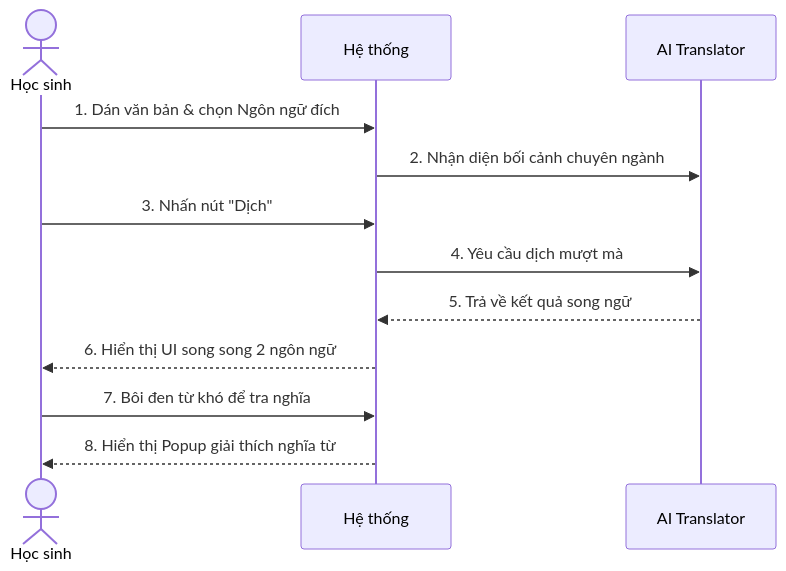
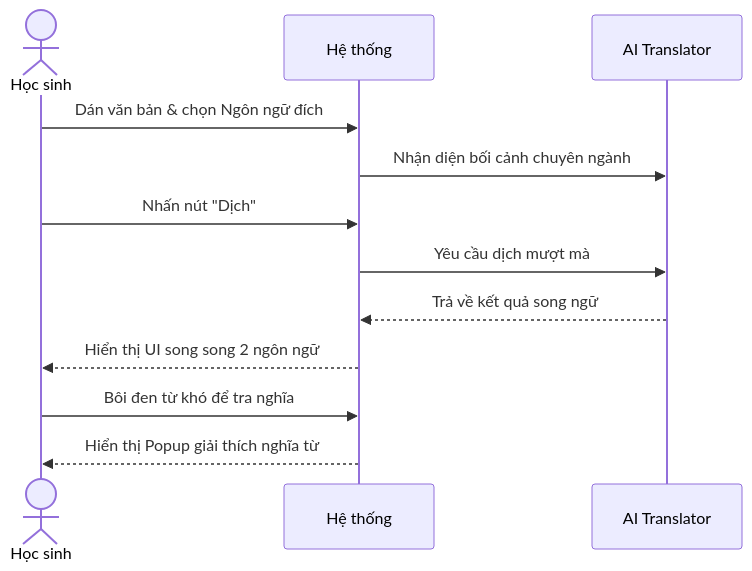
One commit to Cong-ty-TNNH-Q-Tech/Q-School changed the eighth of 8 diagrams in docs/nhom_5_magicstudent.md. Above: the diagram before and after it, drawn with Mermaid. The commit also changed other lines of this file and 5 other files, not shown here.

Commit message:
docs: refine sequence diagrams logical flow and remove step numbers

````diff
--- a/docs/nhom_5_magicstudent.md
+++ b/docs/nhom_5_magicstudent.md
@@ -260,15 +260,15 @@
 ```mermaid
 sequenceDiagram
     actor HS as Học sinh
     participant HT as Hệ thống
     participant AI as AI Translator
 
-    HS->>HT: 1. Dán văn bản & chọn Ngôn ngữ đích
-    HT->>AI: 2. Nhận diện bối cảnh chuyên ngành
-    HS->>HT: 3. Nhấn nút "Dịch"
-    HT->>AI: 4. Yêu cầu dịch mượt mà
-    AI-->>HT: 5. Trả về kết quả song ngữ
-    HT-->>HS: 6. Hiển thị UI song song 2 ngôn ngữ
-    HS->>HT: 7. Bôi đen từ khó để tra nghĩa
-    HT-->>HS: 8. Hiển thị Popup giải thích nghĩa từ
+    HS->>HT: Dán văn bản & chọn Ngôn ngữ đích
+    HT->>AI: Nhận diện bối cảnh chuyên ngành
+    HS->>HT: Nhấn nút "Dịch"
+    HT->>AI: Yêu cầu dịch mượt mà
+    AI-->>HT: Trả về kết quả song ngữ
+    HT-->>HS: Hiển thị UI song song 2 ngôn ngữ
+    HS->>HT: Bôi đen từ khó để tra nghĩa
+    HT-->>HS: Hiển thị Popup giải thích nghĩa từ
 ```
````
